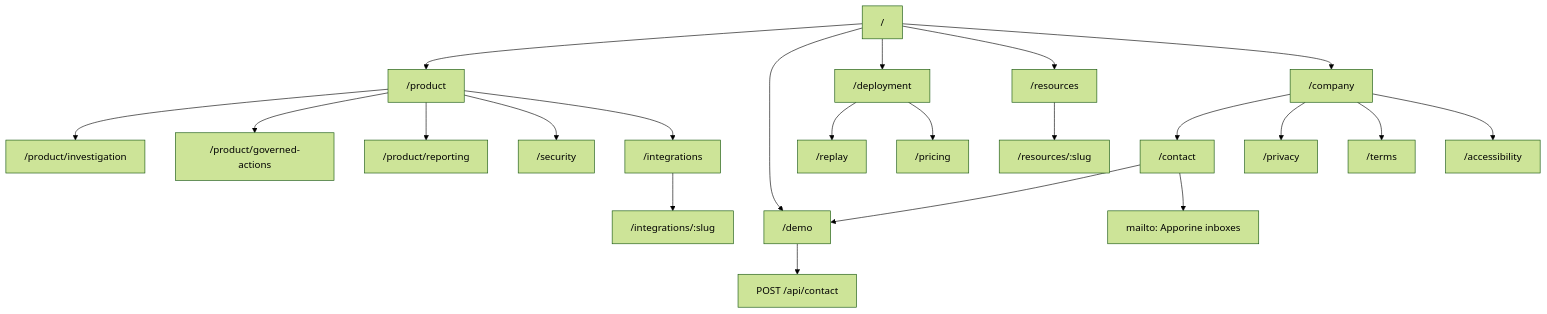
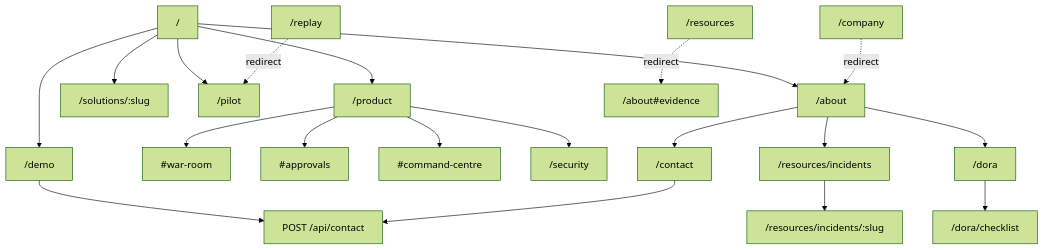
The seventh of 8 diagrams in README.md (Apporine/relyxus-website), drawn with Mermaid (forest theme) before and after one commit. The commit also changed other lines of this file, not shown here.

First line of the commit message:
Update README for Plum & Lime site, company founders, and current routes.

````diff
--- a/README.md
+++ b/README.md
@@ -281,30 +334,26 @@
 ```mermaid
 flowchart TD
   Home["/"] --> Product["/product"]
+  Home --> Solutions["/solutions/:slug"]
+  Home --> Pilot["/pilot"]
   Home --> Demo["/demo"]
-  Home --> Deploy["/deployment"]
+  Home --> About["/about"]
 
-  Product --> Inv["/product/investigation"]
-  Product --> Gov["/product/governed-actions"]
-  Product --> Rep["/product/reporting"]
+  Product --> WR["#war-room"]
+  Product --> AP["#approvals"]
+  Product --> CC["#command-centre"]
   Product --> Sec["/security"]
-  Product --> Int["/integrations"]
 
-  Int --> IntDetail["/integrations/:slug"]
-
-  Deploy --> Replay["/replay"]
-  Deploy --> Pricing["/pricing"]
-
-  Home --> Resources["/resources"]
-  Resources --> Article["/resources/:slug"]
-
-  Home --> Company["/company"]
-  Company --> Contact["/contact"]
-  Company --> Privacy["/privacy"]
-  Company --> Terms["/terms"]
-  Company --> A11y["/accessibility"]
+  About --> Contact["/contact"]
+  About --> Incidents["/resources/incidents"]
+  About --> Dora["/dora"]
+  Dora --> Checklist["/dora/checklist"]
+  Incidents --> File["/resources/incidents/:slug"]
 
   Demo --> API["POST /api/contact"]
-  Contact --> Demo
-  Contact --> Mail["mailto: Apporine inboxes"]
+  Contact --> API
+
+  CompanyOld["/company"] -.->|redirect| About
+  ResourcesOld["/resources"] -.->|redirect| AboutEvidence["/about#evidence"]
+  ReplayOld["/replay"] -.->|redirect| Pilot
 ```
````
